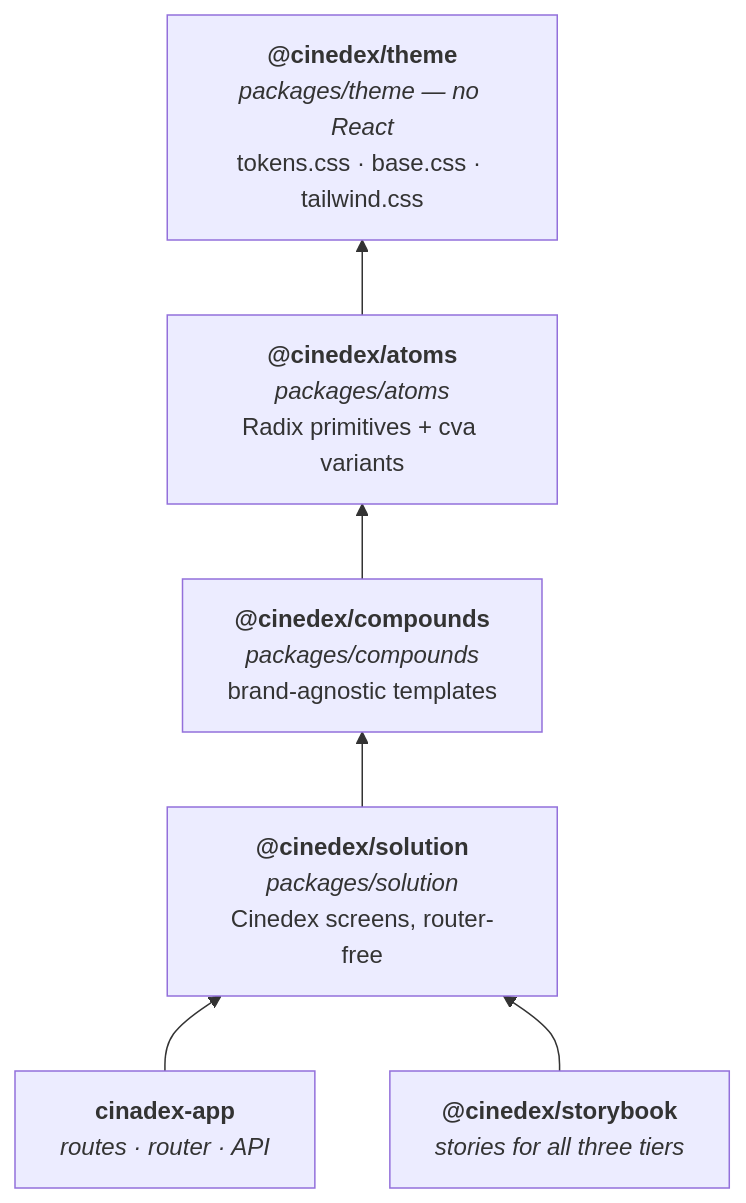
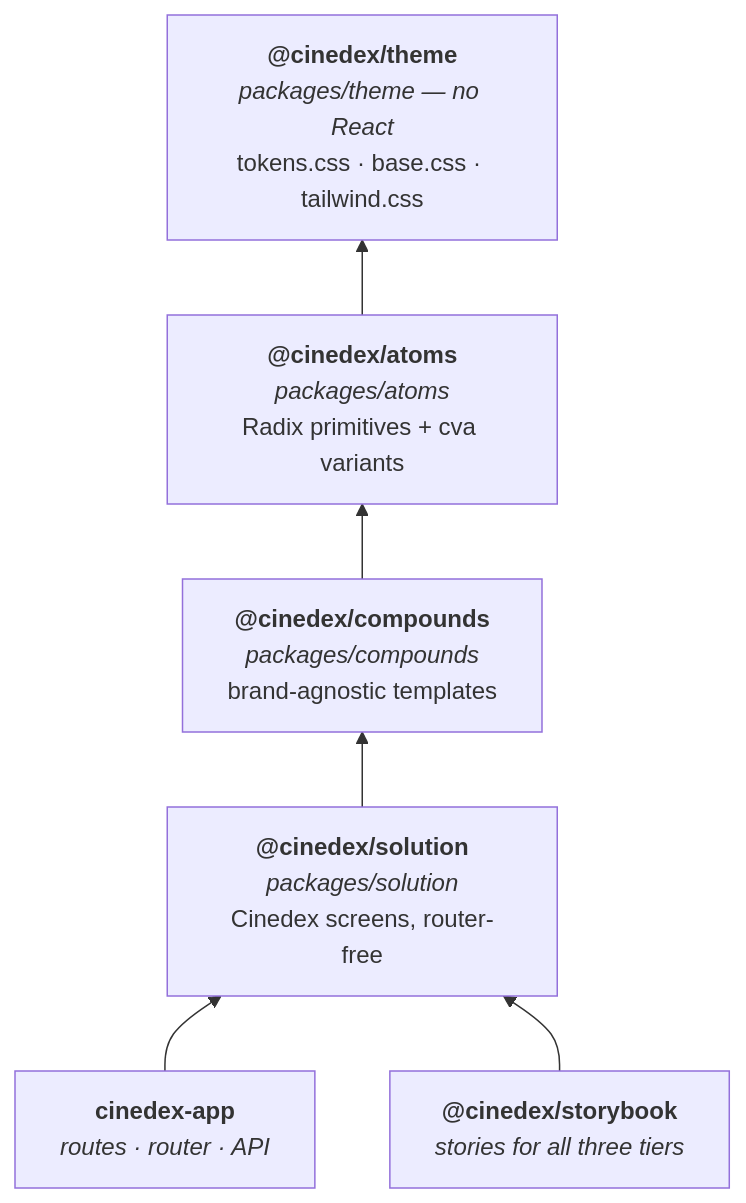
The diagram in docs/superpowers/specs/2026-08-07-three-tier-component-libraries-design.md (felipedferreira/Cinedex), drawn with Mermaid before and after one commit. The commit also changed other lines of this file and 67 other files, not shown here.

Commit message:
fix(spelling): rename cinadex-app to cinedex-app and fix typos repo-wide (#63)

````diff
--- a/docs/superpowers/specs/2026-08-07-three-tier-component-libraries-design.md
+++ b/docs/superpowers/specs/2026-08-07-three-tier-component-libraries-design.md
@@ -40,15 +40,15 @@
 ```mermaid
 flowchart BT
     THEME["<b>@cinedex/theme</b><br/><i>packages/theme — no React</i><br/>tokens.css · base.css · tailwind.css"]
     ATOMS["<b>@cinedex/atoms</b><br/><i>packages/atoms</i><br/>Radix primitives + cva variants"]
     COMPOUNDS["<b>@cinedex/compounds</b><br/><i>packages/compounds</i><br/>brand-agnostic templates"]
     SOLUTION["<b>@cinedex/solution</b><br/><i>packages/solution</i><br/>Cinedex screens, router-free"]
-    APP["<b>cinadex-app</b><br/><i>routes · router · API</i>"]
+    APP["<b>cinedex-app</b><br/><i>routes · router · API</i>"]
     SB["<b>@cinedex/storybook</b><br/><i>stories for all three tiers</i>"]
 
     ATOMS --> THEME
     COMPOUNDS --> ATOMS
     SOLUTION --> COMPOUNDS
     APP --> SOLUTION
     SB --> SOLUTION
 ```
````
